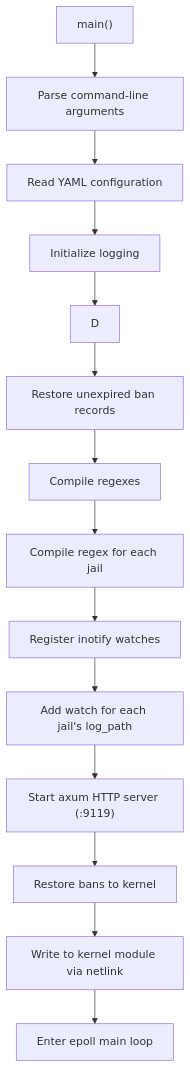
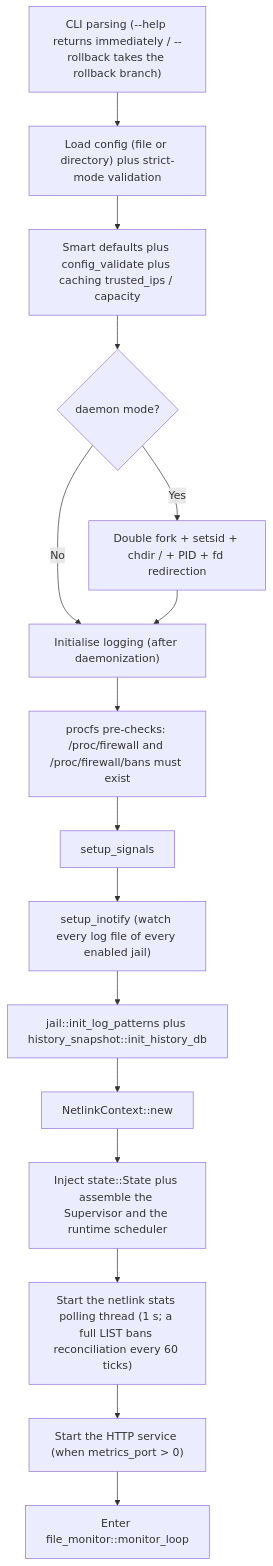
One commit to SnowCore8/linux-firewall-kmod changed the diagram in docs/en/architecture/daemon.md. Above: the diagram before and after it, drawn with Mermaid. The commit also changed other lines of this file and 3 other files, not shown here.

````diff
--- a/docs/en/architecture/daemon.md
+++ b/docs/en/architecture/daemon.md
@@ -141,18 +199,18 @@
 ```mermaid
 graph TB
-    Start["main()"]
-    A["Parse command-line arguments"]
-    B["Read YAML configuration"]
-    C["Initialize logging"]
-    D1["Restore unexpired ban records"]
-    E["Compile regexes"]
-    E1["Compile regex for each jail"]
-    F["Register inotify watches"]
-    F1["Add watch for each jail's log_path"]
-    G["Start axum HTTP server (:9119)"]
-    H["Restore bans to kernel"]
-    H1["Write to kernel module via netlink"]
-    I["Enter epoll main loop"]
-
-    Start --> A --> B --> C --> D --> D1 --> E --> E1 --> F --> F1 --> G --> H --> H1 --> I
+    A["CLI parsing (--help returns immediately / --rollback takes the rollback branch)"] --> B["Load config (file or directory) plus strict-mode validation"]
+    B --> C["Smart defaults plus config_validate plus caching trusted_ips / capacity"]
+    C --> D{"daemon mode?"}
+    D -->|Yes| E["Double fork + setsid + chdir / + PID + fd redirection"]
+    D -->|No| F["Initialise logging (after daemonization)"]
+    E --> F
+    F --> G["procfs pre-checks: /proc/firewall and /proc/firewall/bans must exist"]
+    G --> H["setup_signals"]
+    H --> I["setup_inotify (watch every log file of every enabled jail)"]
+    I --> J["jail::init_log_patterns plus history_snapshot::init_history_db"]
+    J --> K["NetlinkContext::new"]
+    K --> L["Inject state::State plus assemble the Supervisor and the runtime scheduler"]
+    L --> M["Start the netlink stats polling thread (1 s; a full LIST bans reconciliation every 60 ticks)"]
+    M --> N["Start the HTTP service (when metrics_port > 0)"]
+    N --> O["Enter file_monitor::monitor_loop"]
 ```
````
